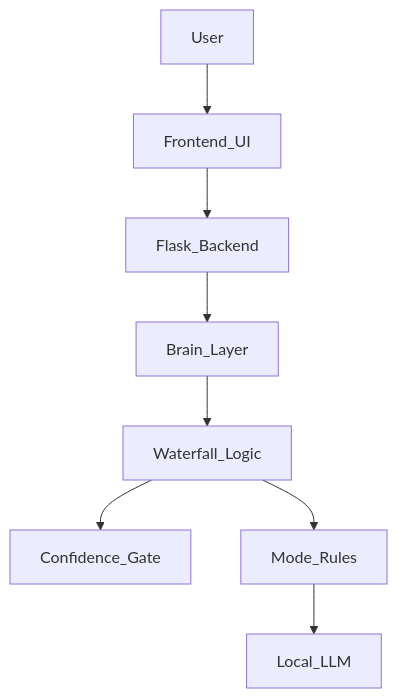
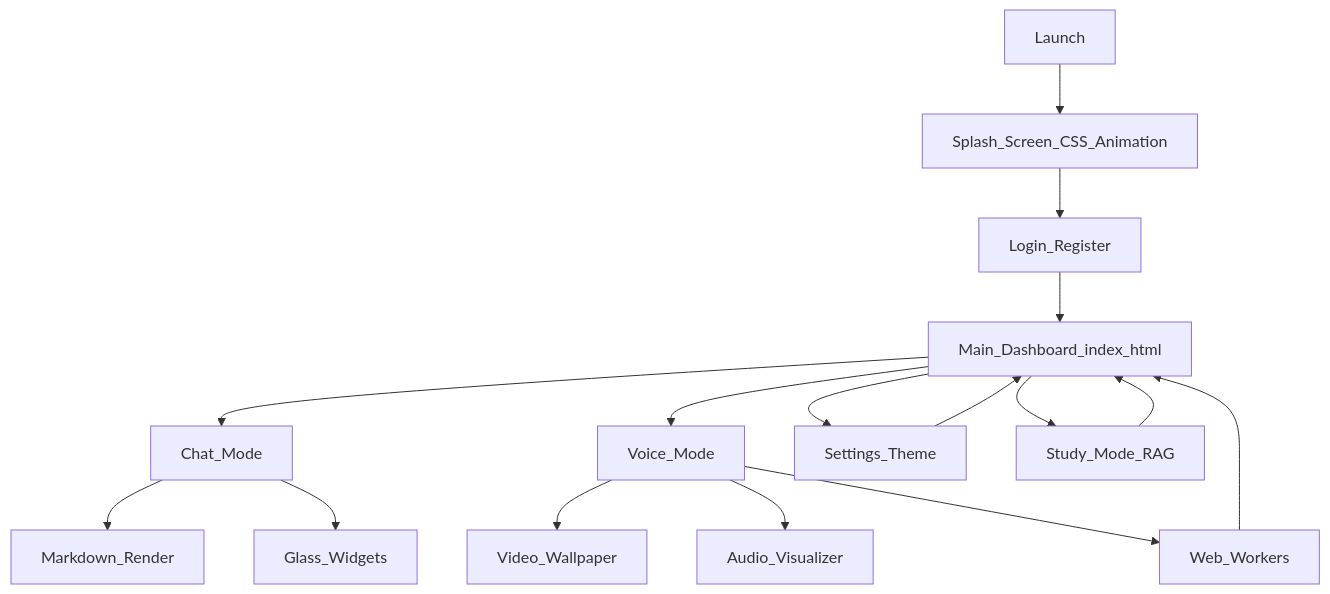
The second of 2 diagrams in README.md (ansh2222949/NeonAI), drawn with Mermaid before and after one commit. The commit also changed other lines of this file, not shown here.

````diff
--- a/README.md
+++ b/README.md
@@ -63,11 +140,24 @@
 ```mermaid
 graph TD;
-    User-->Frontend_UI;
-    Frontend_UI-->Flask_Backend;
-    Flask_Backend-->Brain_Layer;
-    Brain_Layer-->Waterfall_Logic;
-    Waterfall_Logic-->Confidence_Gate;
-    Waterfall_Logic-->Mode_Rules;
-    Mode_Rules-->Local_LLM;
-
+    Launch-->Splash_Screen_CSS_Animation;
+    Splash_Screen_CSS_Animation-->Login_Register;
+    Login_Register-->Main_Dashboard_index_html;
+    
+    Main_Dashboard_index_html-->Chat_Mode;
+    Main_Dashboard_index_html-->Voice_Mode;
+    
+    Chat_Mode-->Markdown_Render;
+    Chat_Mode-->Glass_Widgets;
+    
+    Voice_Mode-->Video_Wallpaper;
+    Voice_Mode-->Audio_Visualizer;
+    Voice_Mode-->Web_Workers;
+    
+    Web_Workers-->Main_Dashboard_index_html;
+    
+    Main_Dashboard_index_html-->Settings_Theme;
+    Settings_Theme-->Main_Dashboard_index_html;
+    
+    Main_Dashboard_index_html-->Study_Mode_RAG;
+    Study_Mode_RAG-->Main_Dashboard_index_html;
 ```
````
